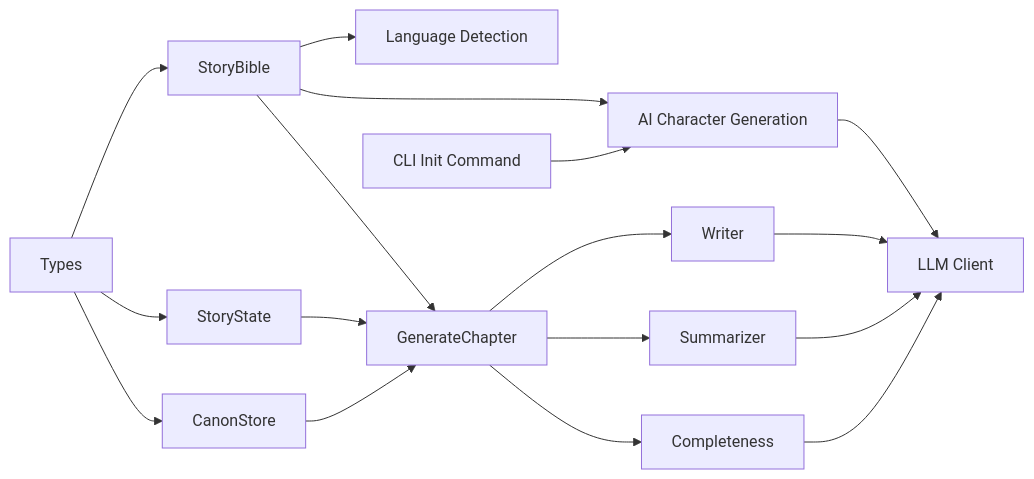
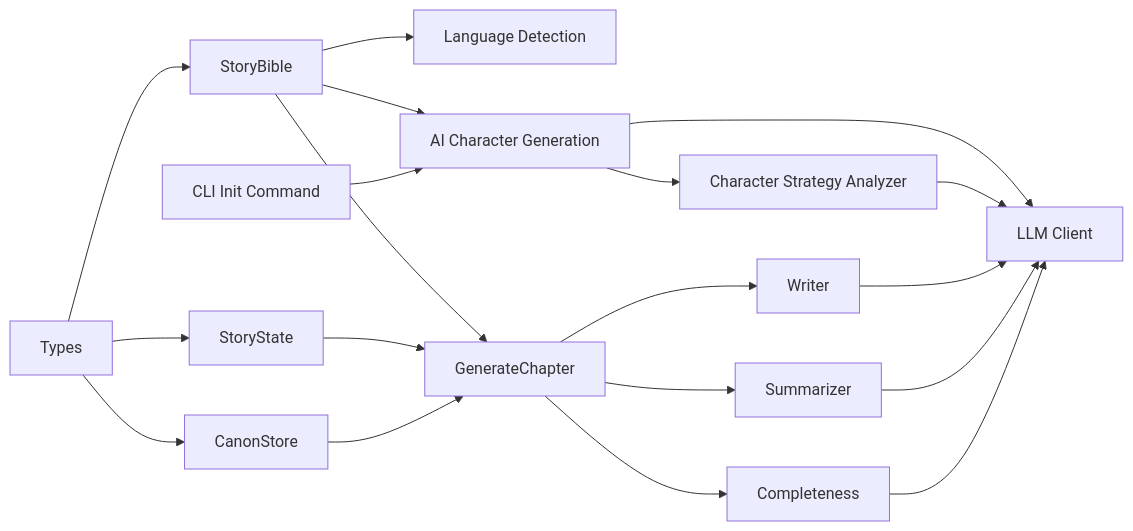
One commit to liwonder/NARRITIVE_OS changed diagram 16 of 16 in .qoder/repowiki/en/content/Story Management System/Story Bible Management.md. Above: the diagram before and after it, drawn with Mermaid. The commit also changed other lines of this file and 15 other files, not shown here.

First line of the commit message:
Add CharacterStrategyAnalyzer and pipeline updates

````diff
--- a/.qoder/repowiki/en/content/Story Management System/Story Bible Management.md
+++ b/.qoder/repowiki/en/content/Story Management System/Story Bible Management.md
@@ -563,19 +623,21 @@
 ```mermaid
 graph LR
 Types["Types"] --> StoryBible["StoryBible"]
 Types --> StoryState["StoryState"]
 Types --> Canon["CanonStore"]
 StoryBible --> Language["Language Detection"]
 StoryBible --> Pipeline["GenerateChapter"]
 StoryBible --> AI["AI Character Generation"]
 AI --> LLM["LLM Client"]
+AI --> CharStrategy["Character Strategy Analyzer"]
+CharStrategy --> LLM
 StoryState --> Pipeline
 Canon --> Pipeline
 Pipeline --> Writer["Writer"]
 Pipeline --> Summarizer["Summarizer"]
 Pipeline --> Completeness["Completeness"]
 Writer --> LLM
 Summarizer --> LLM
 Completeness --> LLM
 CLI["CLI Init Command"] --> AI
 ```
````
